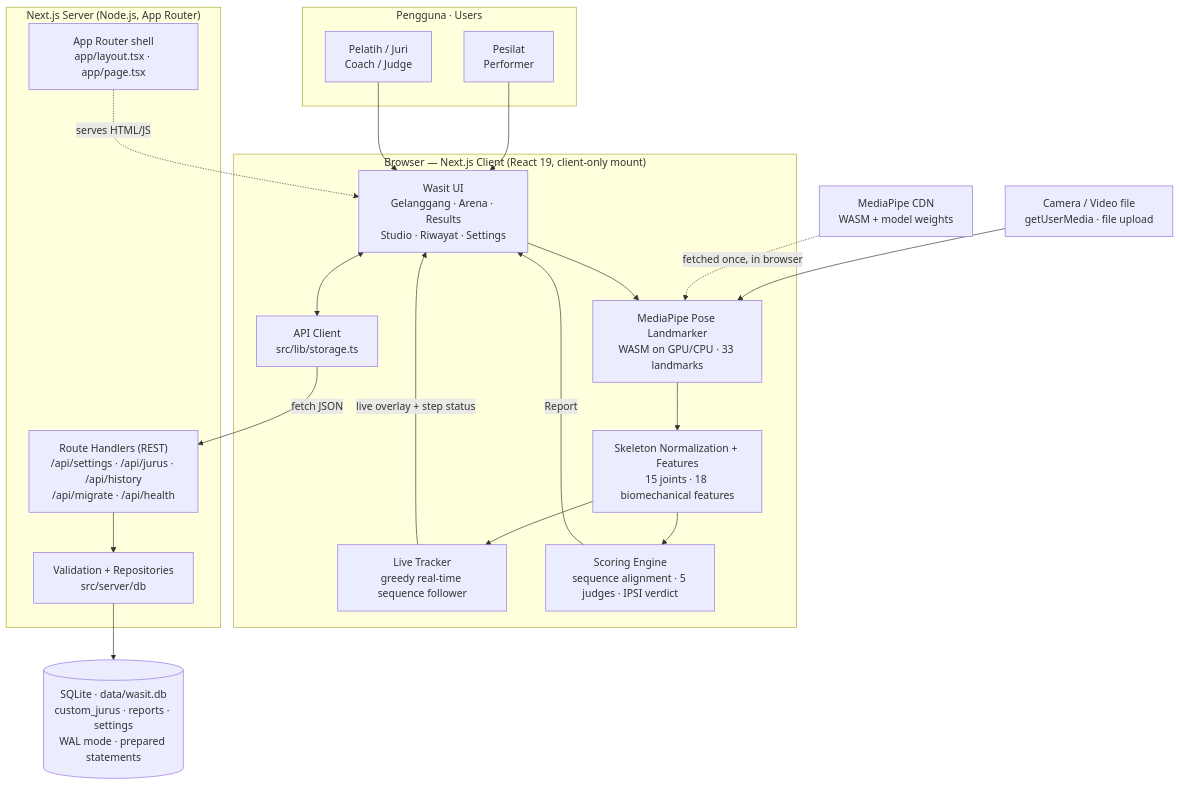
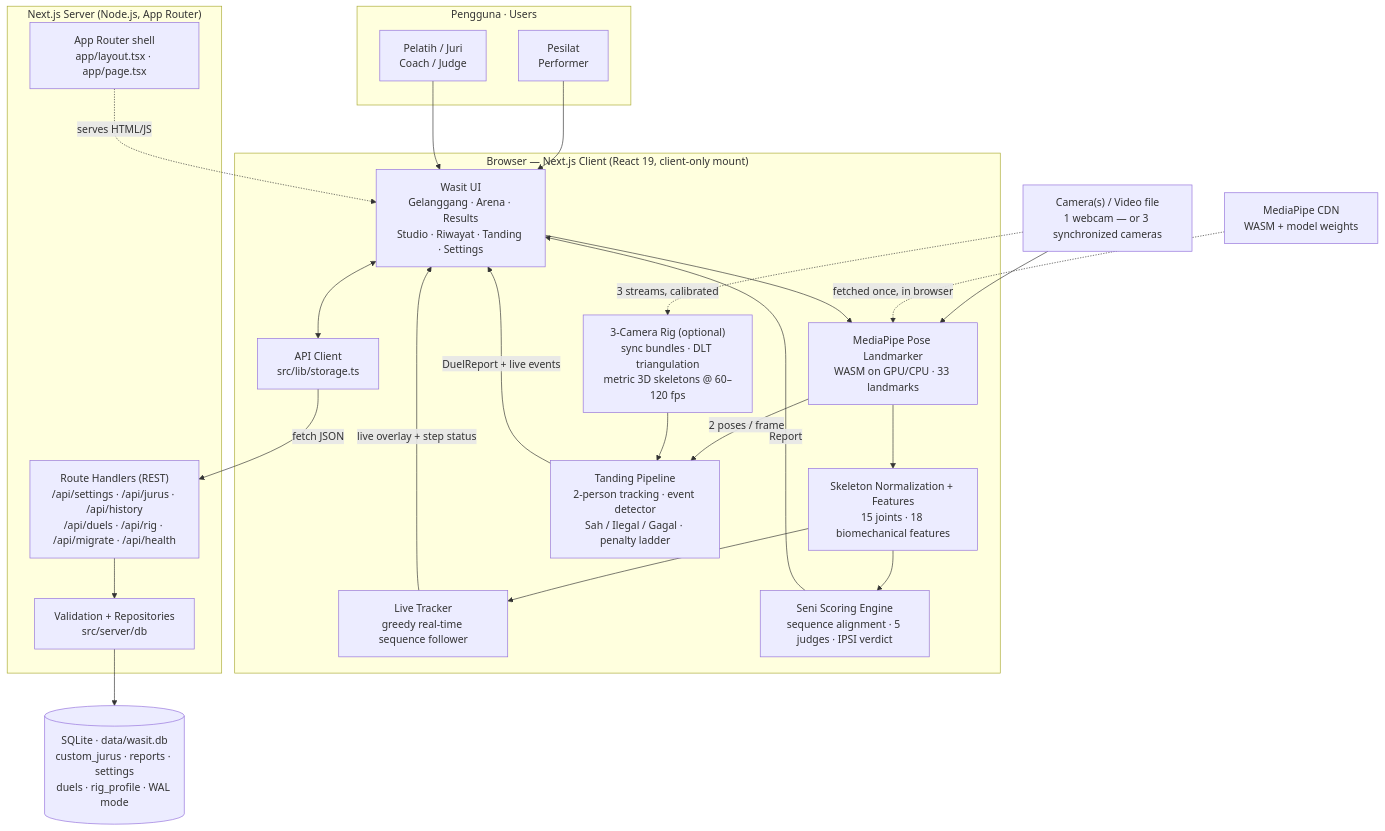
Before and after one commit to ukkyz/ai-referee: the first of 4 diagrams in README.md, drawn with Mermaid. The commit also changed other lines of this file and 24 other files, not shown here.

First line of the commit message:
feat(tanding): 3-camera 60–120 fps rig architecture + duel UI

````diff
--- a/README.md
+++ b/README.md
@@ -29,42 +30,48 @@
 ```mermaid
 flowchart TB
     subgraph Actors["Pengguna · Users"]
         Pesilat["Pesilat<br/>Performer"]
         Pelatih["Pelatih / Juri<br/>Coach / Judge"]
     end
 
     subgraph Browser["Browser — Next.js Client (React 19, client-only mount)"]
-        UI["Wasit UI<br/>Gelanggang · Arena · Results<br/>Studio · Riwayat · Settings"]
+        UI["Wasit UI<br/>Gelanggang · Arena · Results<br/>Studio · Riwayat · Tanding · Settings"]
         MP["MediaPipe Pose Landmarker<br/>WASM on GPU/CPU · 33 landmarks"]
         FEAT["Skeleton Normalization + Features<br/>15 joints · 18 biomechanical features"]
         LIVE["Live Tracker<br/>greedy real-time sequence follower"]
-        SCORE["Scoring Engine<br/>sequence alignment · 5 judges · IPSI verdict"]
+        SCORE["Seni Scoring Engine<br/>sequence alignment · 5 judges · IPSI verdict"]
+        DUEL["Tanding Pipeline<br/>2-person tracking · event detector<br/>Sah / Ilegal / Gagal · penalty ladder"]
+        RIG["3-Camera Rig (optional)<br/>sync bundles · DLT triangulation<br/>metric 3D skeletons @ 60–120 fps"]
         STORE["API Client<br/>src/lib/storage.ts"]
     end
 
     subgraph Server["Next.js Server (Node.js, App Router)"]
         PAGES["App Router shell<br/>app/layout.tsx · app/page.tsx"]
-        API["Route Handlers (REST)<br/>/api/settings · /api/jurus · /api/history<br/>/api/migrate · /api/health"]
+        API["Route Handlers (REST)<br/>/api/settings · /api/jurus · /api/history<br/>/api/duels · /api/rig · /api/migrate · /api/health"]
         REPO["Validation + Repositories<br/>src/server/db"]
     end
 
-    DB[("SQLite · data/wasit.db<br/>custom_jurus · reports · settings<br/>WAL mode · prepared statements")]
+    DB[("SQLite · data/wasit.db<br/>custom_jurus · reports · settings<br/>duels · rig_profile · WAL mode")]
     CDN["MediaPipe CDN<br/>WASM + model weights"]
-    CAM["Camera / Video file<br/>getUserMedia · file upload"]
+    CAM["Camera(s) / Video file<br/>1 webcam — or 3 synchronized cameras"]
 
     Pesilat --> UI
     Pelatih --> UI
     PAGES -.->|serves HTML/JS| UI
     CAM --> MP
     CDN -.->|fetched once, in browser| MP
     UI --> MP
     MP --> FEAT
     FEAT --> LIVE
     LIVE -->|live overlay + step status| UI
     FEAT --> SCORE
     SCORE -->|Report| UI
+    MP -->|2 poses / frame| DUEL
+    CAM -.->|3 streams, calibrated| RIG
+    RIG --> DUEL
+    DUEL -->|DuelReport + live events| UI
     UI <--> STORE
     STORE -->|fetch JSON| API
     API --> REPO
     REPO --> DB
 ```
````
